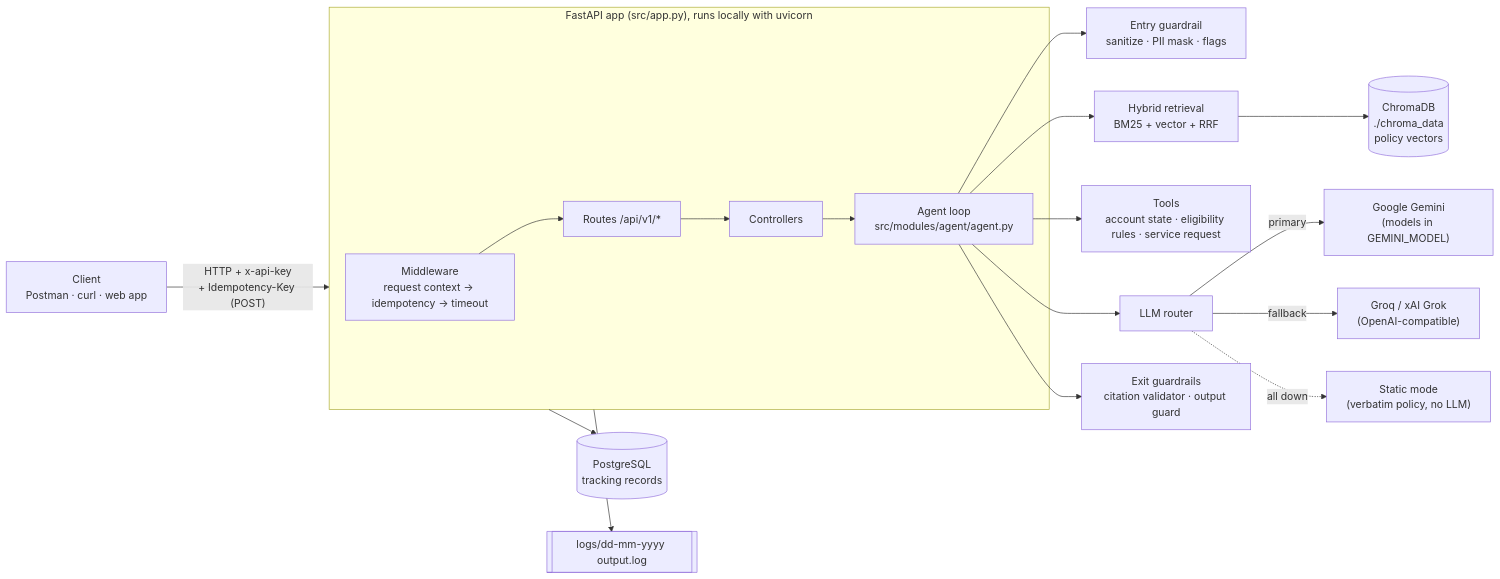
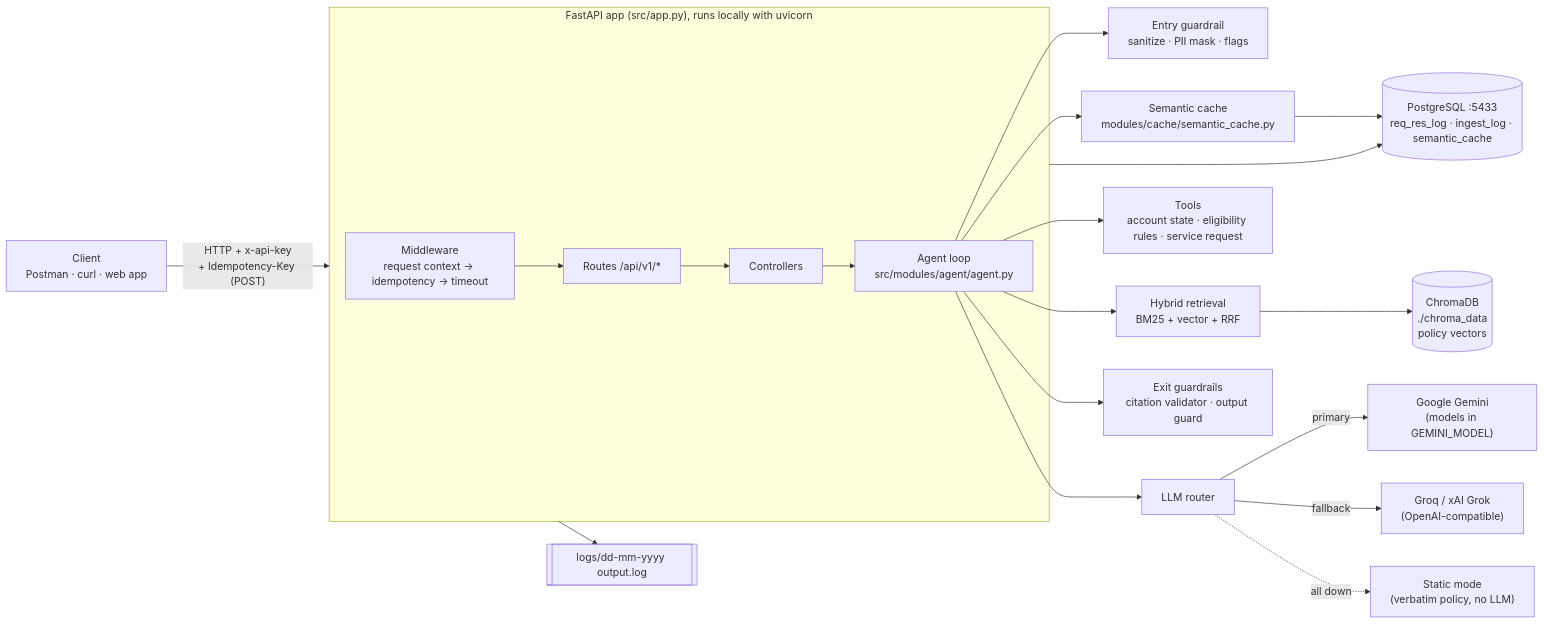
Before and after one commit to annu8932091318/Grounded-Card-RAG: the first of 7 diagrams in docs/ARCHITECTURE.md, drawn with Mermaid. The commit also changed other lines of this file and 44 other files, not shown here.

````diff
--- a/docs/ARCHITECTURE.md
+++ b/docs/ARCHITECTURE.md
@@ -8,23 +8,25 @@
 ```mermaid
 flowchart LR
     client["Client<br/>Postman · curl · web app"] -->|"HTTP + x-api-key<br/>+ Idempotency-Key (POST)"| api
 
     subgraph api["FastAPI app (src/app.py), runs locally with uvicorn"]
         mw["Middleware<br/>request context → idempotency → timeout"] --> routes["Routes /api/v1/*"] --> ctrl["Controllers"]
         ctrl --> agent["Agent loop<br/>src/modules/agent/agent.py"]
     end
 
     agent --> guard_in["Entry guardrail<br/>sanitize · PII mask · flags"]
+    agent --> cache["Semantic cache<br/>modules/cache/semantic_cache.py"]
     agent --> retr["Hybrid retrieval<br/>BM25 + vector + RRF"]
     agent --> tools["Tools<br/>account state · eligibility rules · service request"]
     agent --> router["LLM router"]
     agent --> guard_out["Exit guardrails<br/>citation validator · output guard"]
 
     retr --> chroma[("ChromaDB<br/>./chroma_data<br/>policy vectors")]
     router -->|primary| gemini["Google Gemini<br/>(models in GEMINI_MODEL)"]
     router -->|fallback| groq["Groq / xAI Grok<br/>(OpenAI-compatible)"]
     router -.->|all down| static["Static mode<br/>(verbatim policy, no LLM)"]
 
-    api --> pg[("PostgreSQL<br/>tracking records")]
+    cache --> pg
+    api --> pg[("PostgreSQL :5433<br/>req_res_log · ingest_log · semantic_cache")]
     api --> logs[["logs/dd-mm-yyyy output.log"]]
 ```
````
